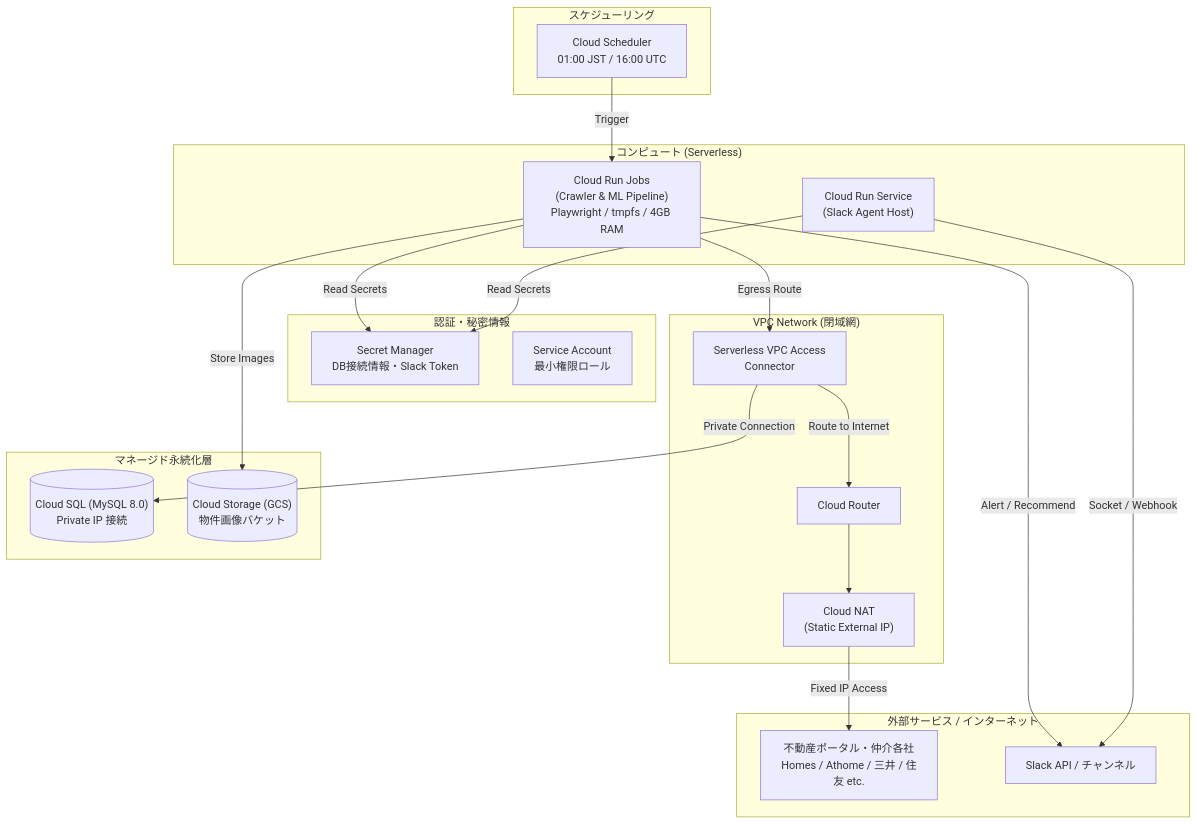
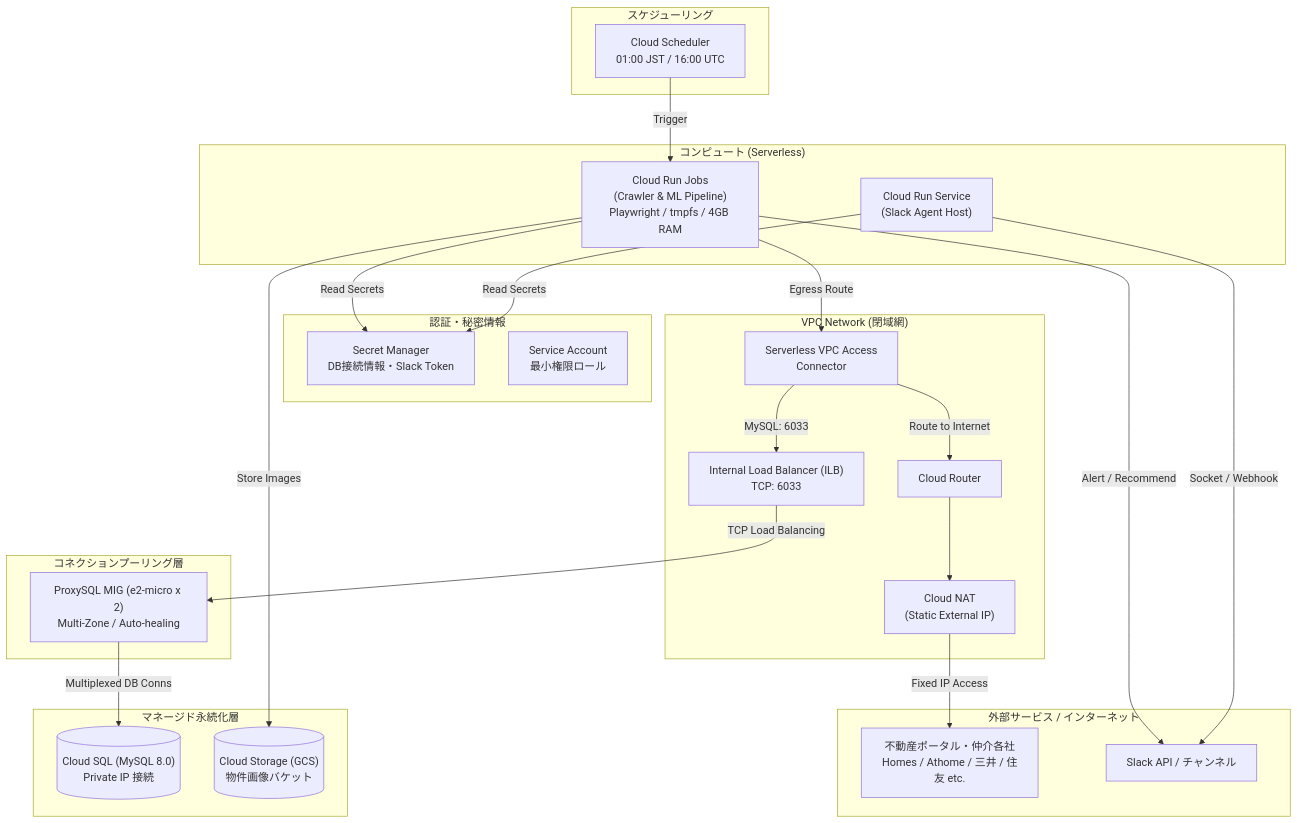
Before and after one commit to AnaharaYasuo/realestate_crawler: the diagram in docs/basic_design/gcp_architecture_design.md, drawn with Mermaid. The commit also changed other lines of this file and 10 other files, not shown here.

Commit message:
feat(infra): add ProxySQL connection pooling and hierarchical per-company crawler scheduling

````diff
--- a/docs/basic_design/gcp_architecture_design.md
+++ b/docs/basic_design/gcp_architecture_design.md
@@ -6,46 +6,53 @@
 ```mermaid
 flowchart TB
     subgraph Scheduling ["スケジューリング"]
         CS[Cloud Scheduler\n01:00 JST / 16:00 UTC]
     end
 
     subgraph Security ["認証・秘密情報"]
         SM[Secret Manager\nDB接続情報・Slack Token]
         IAM[Service Account\n最小権限ロール]
     end
 
     subgraph Compute ["コンピュート (Serverless)"]
         CRJ["Cloud Run Jobs\n(Crawler & ML Pipeline)\nPlaywright / tmpfs / 4GB RAM"]
         CRS["Cloud Run Service\n(Slack Agent Host)"]
     end
 
     subgraph Network ["VPC Network (閉域網)"]
         SVA[Serverless VPC Access\nConnector]
+        ILB["Internal Load Balancer (ILB)\nTCP: 6033"]
         CR[Cloud Router]
         NAT["Cloud NAT\n(Static External IP)"]
+    end
+
+    subgraph ProxyLayer ["コネクションプーリング層"]
+        MIG["ProxySQL MIG (e2-micro x 2)\nMulti-Zone / Auto-healing"]
     end
 
     subgraph DataStore ["マネージド永続化層"]
         CSQL[("Cloud SQL (MySQL 8.0)\nPrivate IP 接続")]
         GCS[("Cloud Storage (GCS)\n物件画像バケット")]
     end
 
     subgraph External ["外部サービス / インターネット"]
         SITES[不動産ポータル・仲介各社\nHomes / Athome / 三井 / 住友 etc.]
         SLACK[Slack API / チャンネル]
     end
 
     CS -->|Trigger| CRJ
     CRJ -->|Read Secrets| SM
     CRJ -->|Egress Route| SVA
     CRS -->|Read Secrets| SM
 
-    SVA -->|Private Connection| CSQL
+    SVA -->|MySQL: 6033| ILB
+    ILB -->|TCP Load Balancing| MIG
+    MIG -->|Multiplexed DB Conns| CSQL
     SVA -->|Route to Internet| CR
     CR --> NAT
     NAT -->|Fixed IP Access| SITES
 
     CRJ -->|Store Images| GCS
     CRJ -->|Alert / Recommend| SLACK
     CRS -->|Socket / Webhook| SLACK
 ```
````
